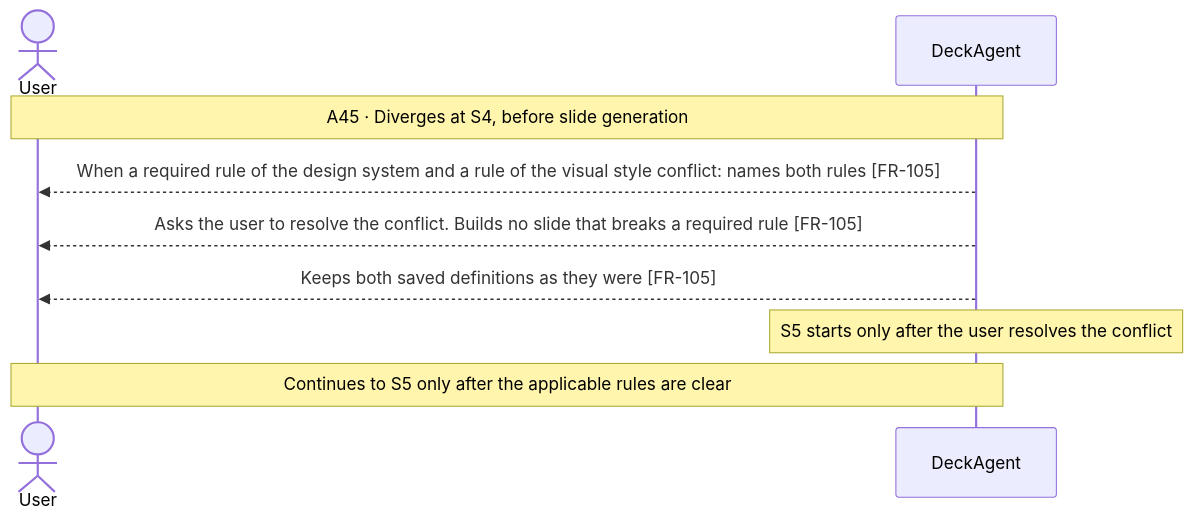
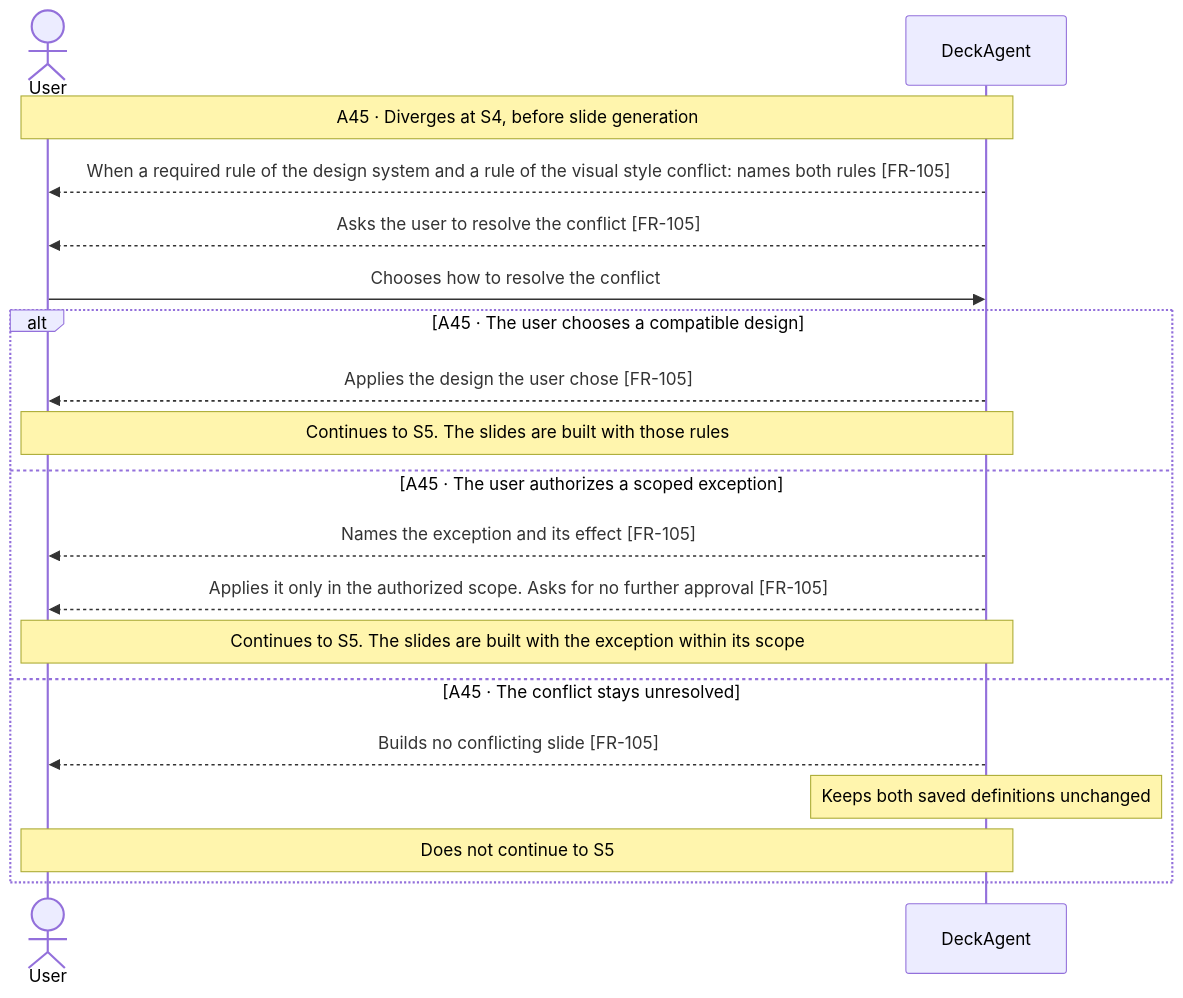
One commit to Luke23127006/DeckAgent changed diagram 26 of 27 in docs/spec/03-use-cases/UC-001.md. Above: the diagram before and after it, drawn with Mermaid. The commit also changed 10 other files, not shown here.

````diff
--- a/docs/spec/03-use-cases/UC-001.md
+++ b/docs/spec/03-use-cases/UC-001.md
@@ -432,11 +432,21 @@
 ```mermaid
 sequenceDiagram
     actor User
     participant DeckAgent
     Note over User,DeckAgent: A45 · Diverges at S4, before slide generation
     DeckAgent-->>User: When a required rule of the design system and a rule of the visual style conflict: names both rules [FR-105]
-    DeckAgent-->>User: Asks the user to resolve the conflict. Builds no slide that breaks a required rule [FR-105]
-    DeckAgent-->>User: Keeps both saved definitions as they were [FR-105]
-    note over DeckAgent: S5 starts only after the user resolves the conflict
-    Note over User,DeckAgent: Continues to S5 only after the applicable rules are clear
+    DeckAgent-->>User: Asks the user to resolve the conflict [FR-105]
+    User->>DeckAgent: Chooses how to resolve the conflict
+    alt A45 · The user chooses a compatible design
+        DeckAgent-->>User: Applies the design the user chose [FR-105]
+        Note over User,DeckAgent: Continues to S5. The slides are built with those rules
+    else A45 · The user authorizes a scoped exception
+        DeckAgent-->>User: Names the exception and its effect [FR-105]
+        DeckAgent-->>User: Applies it only in the authorized scope. Asks for no further approval [FR-105]
+        Note over User,DeckAgent: Continues to S5. The slides are built with the exception within its scope
+    else A45 · The conflict stays unresolved
+        DeckAgent-->>User: Builds no conflicting slide [FR-105]
+        note over DeckAgent: Keeps both saved definitions unchanged
+        Note over User,DeckAgent: Does not continue to S5
+    end
 ```
````
